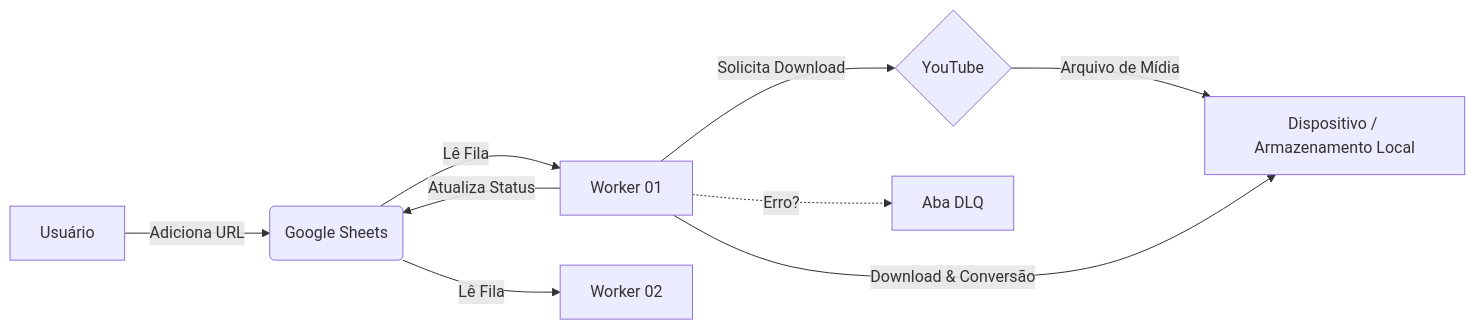
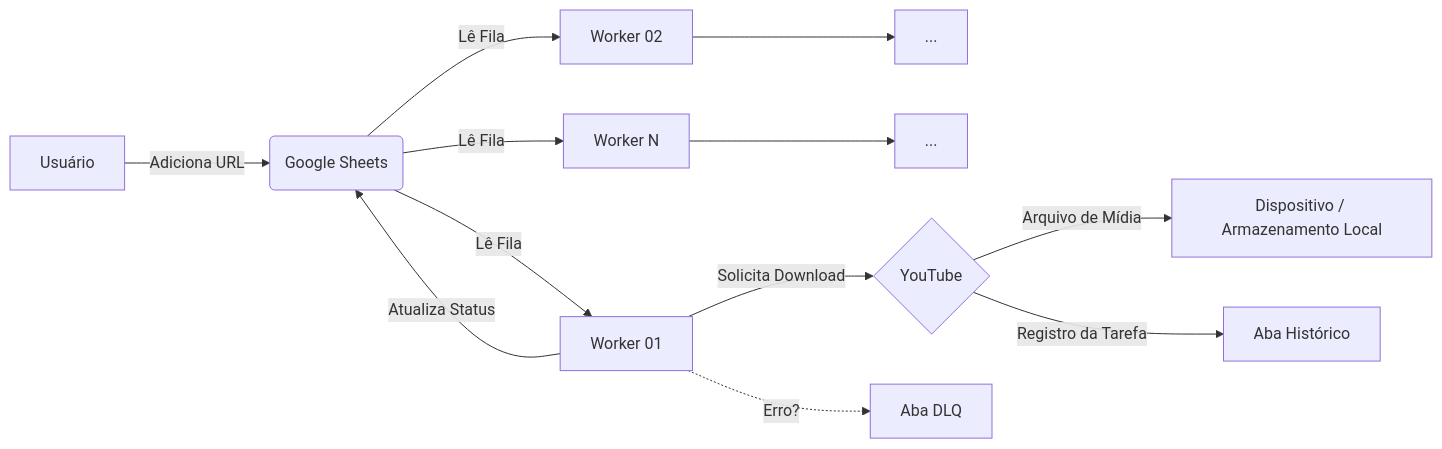
One commit to AndreKoraleski/YT-G-Sheets-Audio-DL-Worker changed the diagram in README.md. Above: the diagram before and after it, drawn with Mermaid.

Commit message:
Update flow diagram in README.md
Added additional workers and task registration to the flow.

````diff
--- a/README.md
+++ b/README.md
@@ -15,13 +15,16 @@
 ```mermaid
 graph LR
     A[Usuário] -->|Adiciona URL| B(Google Sheets)
     B -->|Lê Fila| C[Worker 01]
     B -->|Lê Fila| D[Worker 02]
+    B -->|Lê Fila| J[Worker N]
+
+    D --> I[...]
+    J --> K[...]
 
     C -->|Solicita Download| E{YouTube}
     E -->|Arquivo de Mídia| G[Dispositivo / Armazenamento Local]
-    C -->|Download & Conversão| G
-
+    E -->|Registro da Tarefa| H[Aba Histórico]
     C -->|Atualiza Status| B
     C -.->|Erro?| F[Aba DLQ]
 ```
````
